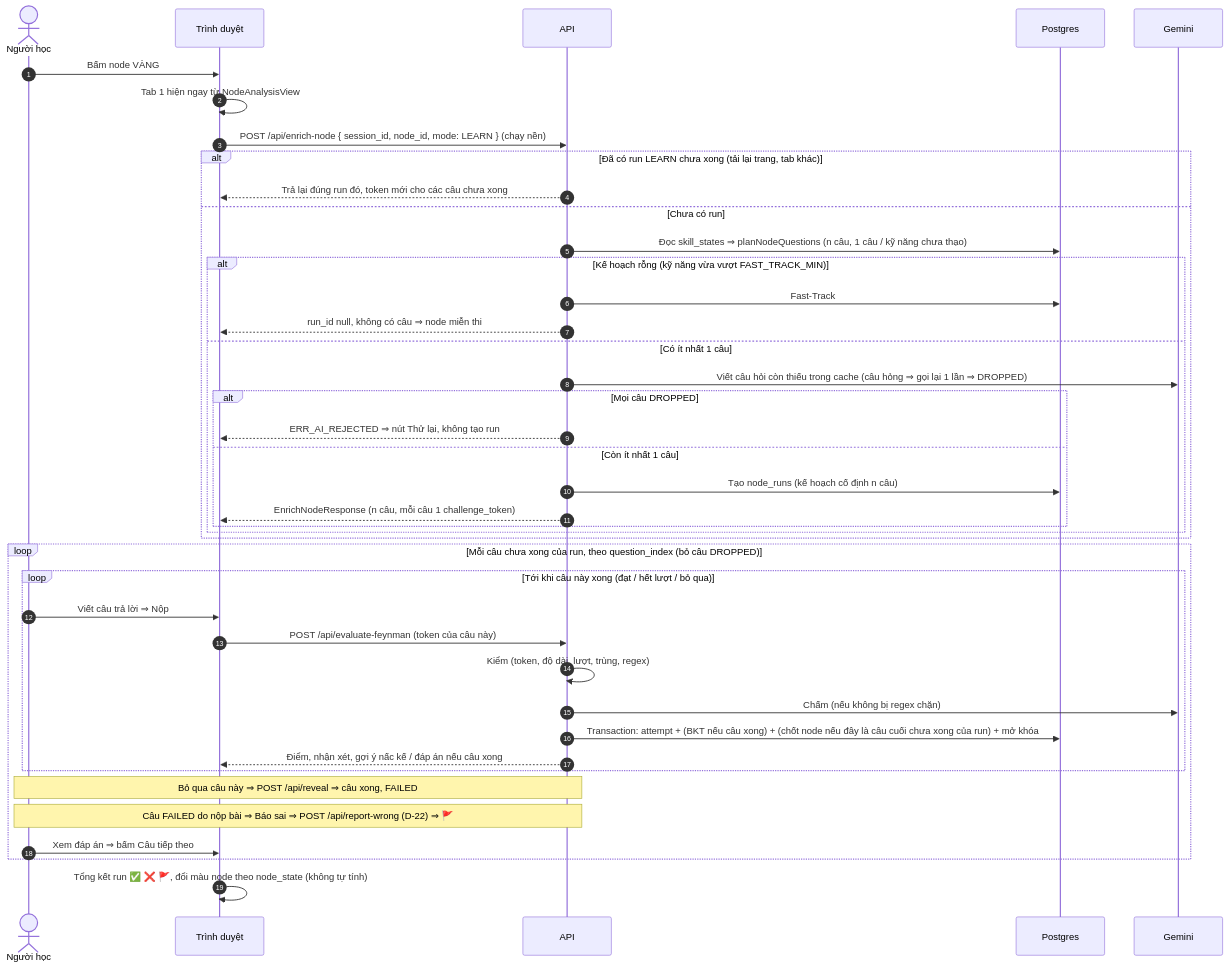
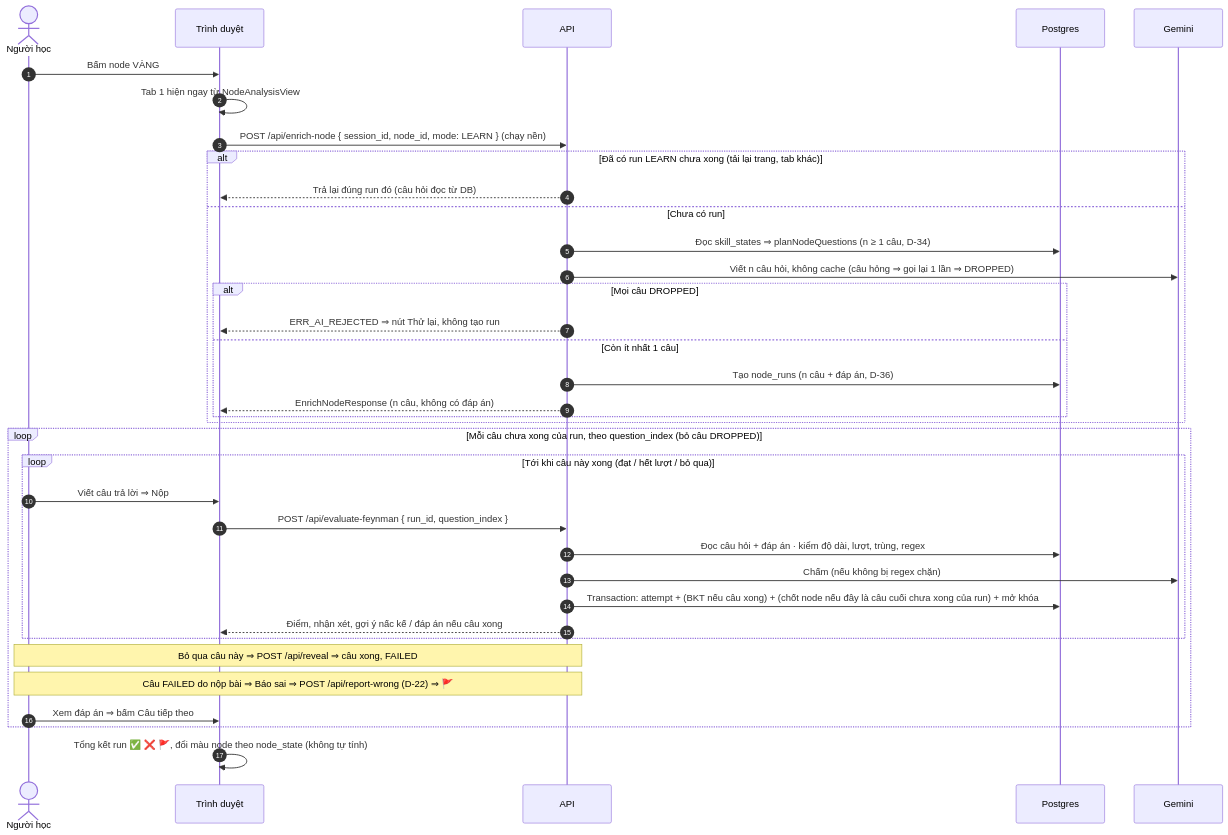
Before and after one commit to huynhthanhnhannnh-pixel/Hackathon_SGU: the third of 4 diagrams in spec/01_KIEN_TRUC_VA_LUONG.md, drawn with Mermaid. The commit also changed other lines of this file and 5 other files, not shown here.

````diff
--- a/spec/01_KIEN_TRUC_VA_LUONG.md
+++ b/spec/01_KIEN_TRUC_VA_LUONG.md
@@ -117,43 +117,38 @@
 ```mermaid
 sequenceDiagram
     autonumber
     actor U as Người học
     participant FE as Trình duyệt
     participant BE as API
     participant DB as Postgres
     participant AI as Gemini
     U->>FE: Bấm node VÀNG
     FE->>FE: Tab 1 hiện ngay từ NodeAnalysisView
     FE->>BE: POST /api/enrich-node { session_id, node_id, mode: LEARN } (chạy nền)
     alt Đã có run LEARN chưa xong (tải lại trang, tab khác)
-        BE-->>FE: Trả lại đúng run đó, token mới cho các câu chưa xong
+        BE-->>FE: Trả lại đúng run đó (câu hỏi đọc từ DB)
     else Chưa có run
-        BE->>DB: Đọc skill_states ⇒ planNodeQuestions (n câu, 1 câu / kỹ năng chưa thạo)
-        alt Kế hoạch rỗng (kỹ năng vừa vượt FAST_TRACK_MIN)
-            BE->>DB: Fast-Track
-            BE-->>FE: run_id null, không có câu ⇒ node miễn thi
-        else Có ít nhất 1 câu
-            BE->>AI: Viết câu hỏi còn thiếu trong cache (câu hỏng ⇒ gọi lại 1 lần ⇒ DROPPED)
-            alt Mọi câu DROPPED
-                BE-->>FE: ERR_AI_REJECTED ⇒ nút Thử lại, không tạo run
-            else Còn ít nhất 1 câu
-                BE->>DB: Tạo node_runs (kế hoạch cố định n câu)
-                BE-->>FE: EnrichNodeResponse (n câu, mỗi câu 1 challenge_token)
-            end
+        BE->>DB: Đọc skill_states ⇒ planNodeQuestions (n ≥ 1 câu, D-34)
+        BE->>AI: Viết n câu hỏi, không cache (câu hỏng ⇒ gọi lại 1 lần ⇒ DROPPED)
+        alt Mọi câu DROPPED
+            BE-->>FE: ERR_AI_REJECTED ⇒ nút Thử lại, không tạo run
+        else Còn ít nhất 1 câu
+            BE->>DB: Tạo node_runs (n câu + đáp án, D-36)
+            BE-->>FE: EnrichNodeResponse (n câu, không có đáp án)
         end
     end
     loop Mỗi câu chưa xong của run, theo question_index (bỏ câu DROPPED)
         loop Tới khi câu này xong (đạt / hết lượt / bỏ qua)
             U->>FE: Viết câu trả lời ⇒ Nộp
-            FE->>BE: POST /api/evaluate-feynman (token của câu này)
-            BE->>BE: Kiểm (token, độ dài, lượt, trùng, regex)
+            FE->>BE: POST /api/evaluate-feynman { run_id, question_index }
+            BE->>DB: Đọc câu hỏi + đáp án · kiểm độ dài, lượt, trùng, regex
             BE->>AI: Chấm (nếu không bị regex chặn)
             BE->>DB: Transaction: attempt + (BKT nếu câu xong) + (chốt node nếu đây là câu cuối chưa xong của run) + mở khóa
             BE-->>FE: Điểm, nhận xét, gợi ý nấc kế / đáp án nếu câu xong
         end
         Note over U,BE: Bỏ qua câu này ⇒ POST /api/reveal ⇒ câu xong, FAILED
         Note over U,BE: Câu FAILED do nộp bài ⇒ Báo sai ⇒ POST /api/report-wrong (D-22) ⇒ 🚩
         U->>FE: Xem đáp án ⇒ bấm Câu tiếp theo
     end
     FE->>FE: Tổng kết run ✅ ❌ 🚩, đổi màu node theo node_state (không tự tính)
 ```
````
